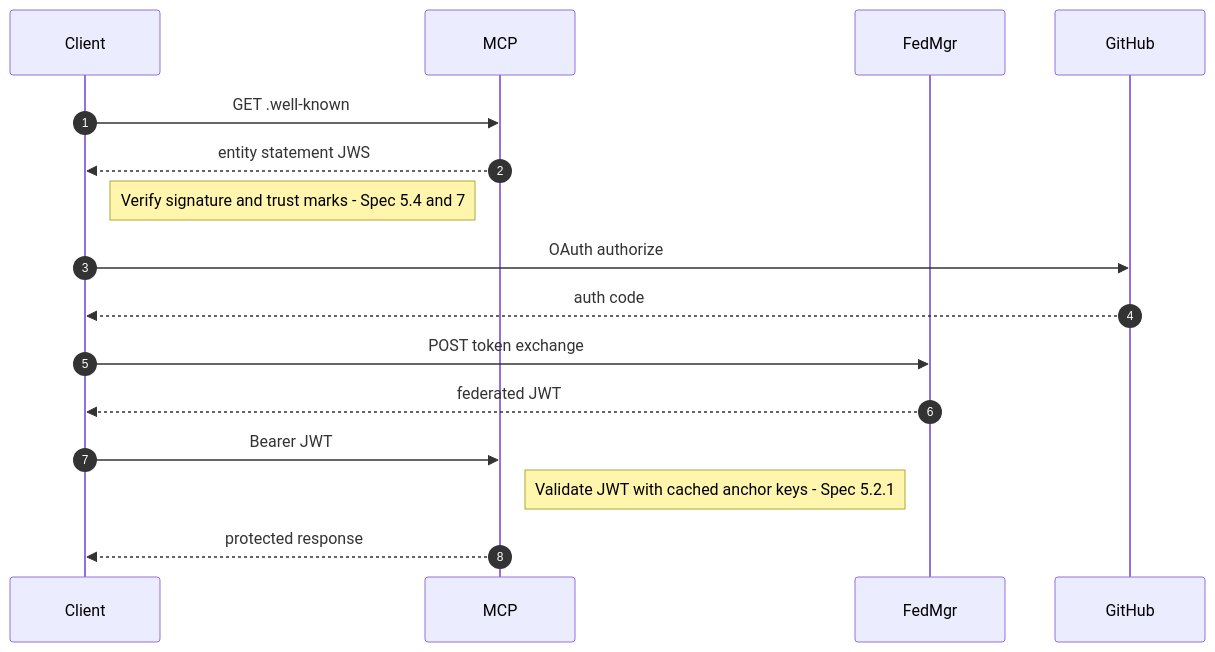
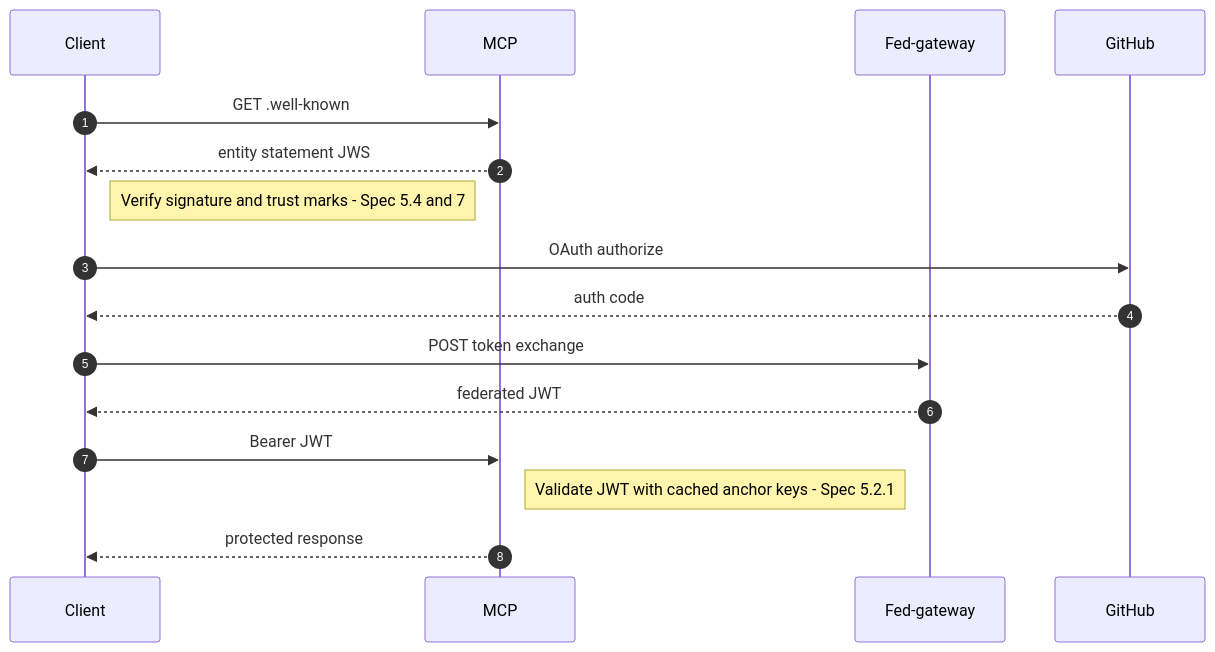
One commit to teamktown/fedmgr changed the third of 13 diagrams in docs/dev-guide.md. Above: the diagram before and after it, drawn with Mermaid. The commit also changed other lines of this file and 8 other files, not shown here.

````diff
--- a/docs/dev-guide.md
+++ b/docs/dev-guide.md
@@ -151,23 +151,23 @@
 ```mermaid
 sequenceDiagram
     autonumber
     participant Client
     participant MCP
-    participant FedMgr
+    participant Fed-gateway
     participant GitHub
 
     Client ->> MCP: GET .well-known
     MCP -->> Client: entity statement JWS
     Note right of Client: Verify signature and trust marks - Spec 5.4 and 7
 
     Client ->> GitHub: OAuth authorize
     GitHub -->> Client: auth code
 
-    Client ->> FedMgr: POST token exchange
-    FedMgr -->> Client: federated JWT
+    Client ->> Fed-gateway: POST token exchange
+    Fed-gateway -->> Client: federated JWT
 
     Client ->> MCP: Bearer JWT
     Note right of MCP: Validate JWT with cached anchor keys - Spec 5.2.1
     MCP -->> Client: protected response
 
 ```
````
